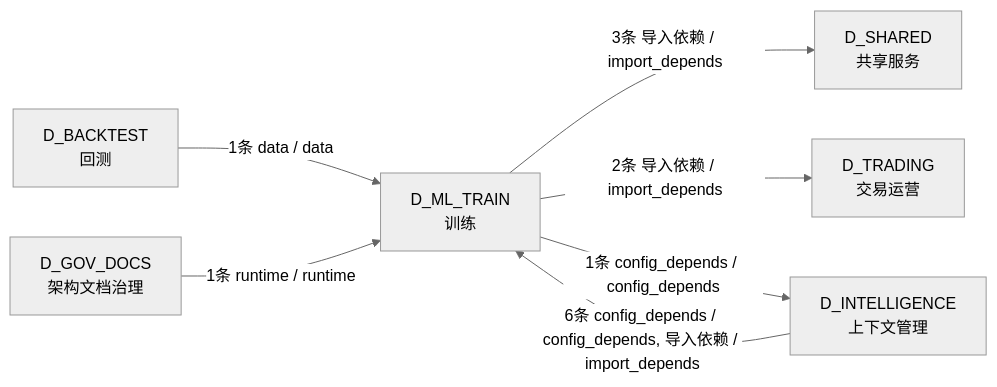
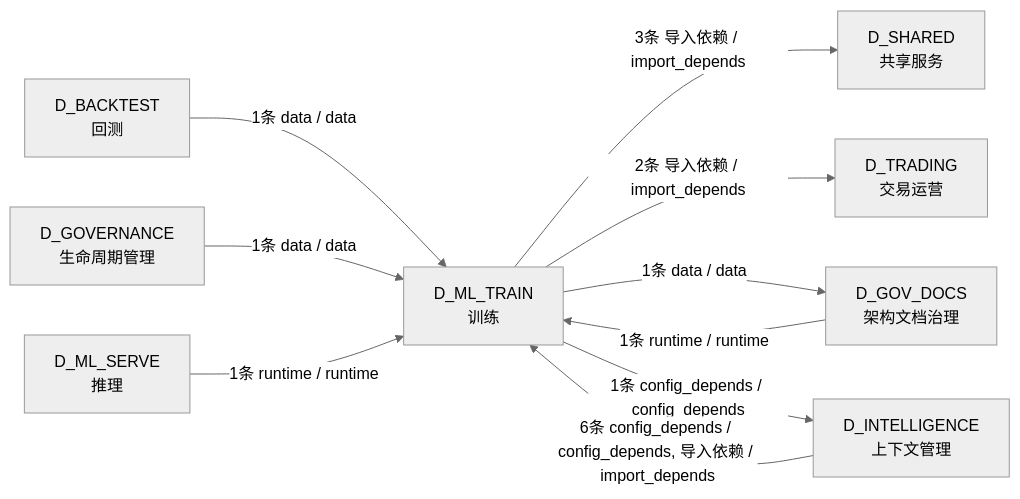
Before and after one commit to xuanFelixVan/ZephyrAlpha: the fourth of 4 diagrams in docs/02_enterprise_architecture/02_domain_architecture_docs/50_d_ml_train.md, drawn with Mermaid (neutral theme). The commit also changed other lines of this file and 126 other files, not shown here.

````diff
--- a/docs/02_enterprise_architecture/02_domain_architecture_docs/50_d_ml_train.md
+++ b/docs/02_enterprise_architecture/02_domain_architecture_docs/50_d_ml_train.md
@@ -212,15 +226,20 @@
 ```mermaid
 graph LR
     D_ML_TRAIN["D_ML_TRAIN<br/>训练"]
     D_SHARED["D_SHARED<br/>共享服务"]
     D_TRADING["D_TRADING<br/>交易运营"]
+    D_GOV_DOCS["D_GOV_DOCS<br/>架构文档治理"]
     D_INTELLIGENCE["D_INTELLIGENCE<br/>上下文管理"]
     D_BACKTEST["D_BACKTEST<br/>回测"]
-    D_GOV_DOCS["D_GOV_DOCS<br/>架构文档治理"]
+    D_GOVERNANCE["D_GOVERNANCE<br/>生命周期管理"]
+    D_ML_SERVE["D_ML_SERVE<br/>推理"]
     D_ML_TRAIN -->|3条 导入依赖 / import_depends| D_SHARED
     D_ML_TRAIN -->|2条 导入依赖 / import_depends| D_TRADING
+    D_ML_TRAIN -->|1条 data / data| D_GOV_DOCS
     D_ML_TRAIN -->|1条 config_depends / config_depends| D_INTELLIGENCE
     D_INTELLIGENCE -->|6条 config_depends / config_depends, 导入依赖 / import_depends| D_ML_TRAIN
     D_BACKTEST -->|1条 data / data| D_ML_TRAIN
+    D_GOVERNANCE -->|1条 data / data| D_ML_TRAIN
     D_GOV_DOCS -->|1条 runtime / runtime| D_ML_TRAIN
+    D_ML_SERVE -->|1条 runtime / runtime| D_ML_TRAIN
 ```
````
